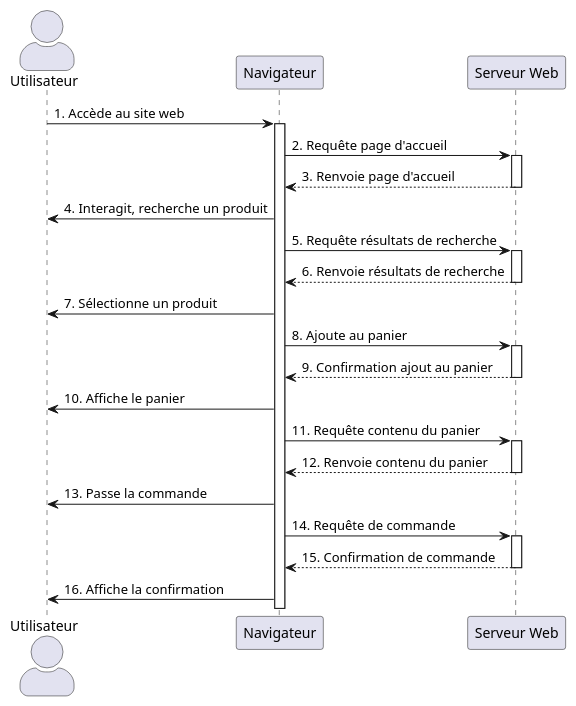
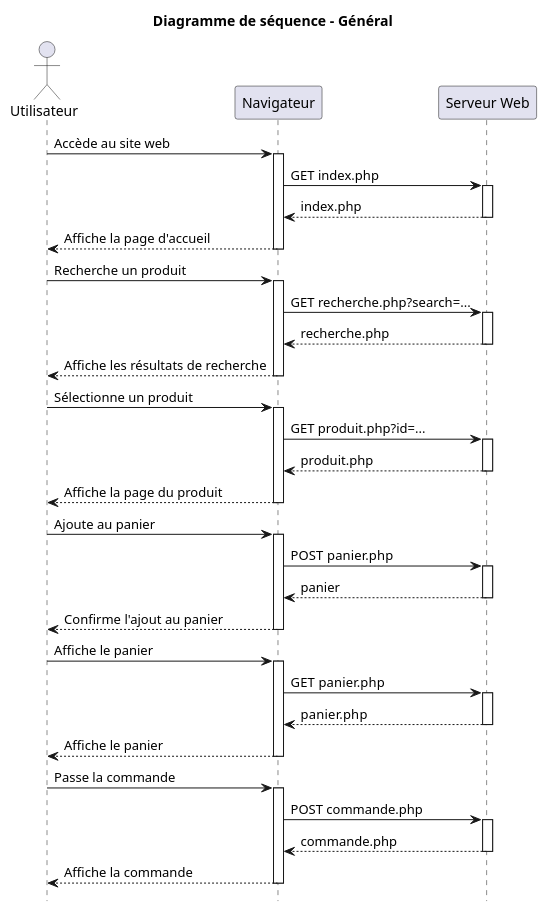
The diagram in docs/Diagramme de séquences systèmes - Général.puml (IUT-Blagnac/SAE-3-01-DevApp-G11-DisguiseHub), drawn with PlantUML before and after one commit. The commit also changed 17 other files, not shown here.

Commit message:
Header/footer site web + Cleaning Ajout du header/footer du site web Modification des diagrammes de séquences systèmes Suppression de l'ancienne application Python IOT (archivée sur le drive)

```diff
--- a/docs/Diagramme de séquences systèmes - Général.puml
+++ b/docs/Diagramme de séquences systèmes - Général.puml
@@ -1,39 +1,63 @@
-@startuml
-skinparam actorStyle awesome
-actor Utilisateur
-participant Navigateur
-participant "Serveur Web" as ServeurWeb
+@startuml Diagramme de séquence - Général
+title Diagramme de séquence - Général
+hide footbox
 
-Utilisateur -> Navigateur: 1. Accède au site web
-activate Navigateur
-Navigateur -> ServeurWeb: 2. Requête page d'accueil
-activate ServeurWeb
-ServeurWeb --> Navigateur: 3. Renvoie page d'accueil
-deactivate ServeurWeb
+actor "Utilisateur" as u
+participant "Navigateur" as n
+participant "Serveur Web" as w
 
-Utilisateur <- Navigateur: 4. Interagit, recherche un produit
-Navigateur -> ServeurWeb: 5. Requête résultats de recherche
-activate ServeurWeb
-ServeurWeb --> Navigateur: 6. Renvoie résultats de recherche
-deactivate ServeurWeb
+u -> n: Accède au site web
+activate n
+n -> w: GET index.php
+activate w
+w --> n: index.php
+deactivate w
+n --> u: Affiche la page d'accueil
+deactivate n
 
-Utilisateur <- Navigateur: 7. Sélectionne un produit
-Navigateur -> ServeurWeb: 8. Ajoute au panier
-activate ServeurWeb
-ServeurWeb --> Navigateur: 9. Confirmation ajout au panier
-deactivate ServeurWeb
+u -> n: Recherche un produit
+activate n
+n -> w: GET recherche.php?search=...
+activate w
+w --> n: recherche.php
+deactivate w
+n --> u: Affiche les résultats de recherche
+deactivate n
 
-Utilisateur <- Navigateur: 10. Affiche le panier
-Navigateur -> ServeurWeb: 11. Requête contenu du panier
-activate ServeurWeb
-ServeurWeb --> Navigateur: 12. Renvoie contenu du panier
-deactivate ServeurWeb
+u -> n: Sélectionne un produit
+activate n
+n -> w: GET produit.php?id=...
+activate w
+w --> n: produit.php
+deactivate w
+n --> u: Affiche la page du produit
+deactivate n
 
-Utilisateur <- Navigateur: 13. Passe la commande
-Navigateur -> ServeurWeb: 14. Requête de commande
-activate ServeurWeb
-ServeurWeb --> Navigateur: 15. Confirmation de commande
-deactivate ServeurWeb
+u -> n: Ajoute au panier
+activate n
+n -> w: POST panier.php
+activate w
+w --> n: panier
+deactivate w
+n --> u: Confirme l'ajout au panier
+deactivate n
 
-Utilisateur <- Navigateur: 16. Affiche la confirmation
+u -> n: Affiche le panier
+activate n
+n -> w: GET panier.php
+activate w
+w --> n: panier.php
+deactivate w
+n --> u: Affiche le panier
+deactivate n
+
+u -> n: Passe la commande
+activate n
+n -> w: POST commande.php
+activate w
+w --> n: commande.php
+deactivate w
+n --> u: Affiche la commande
+deactivate n
+
 @enduml
```
